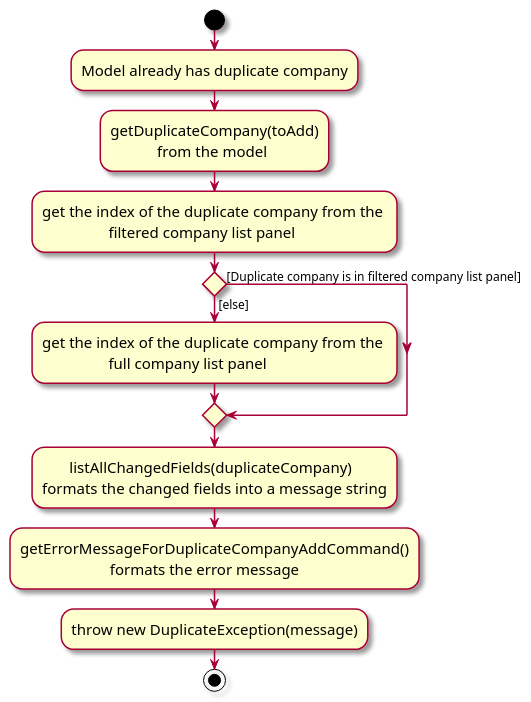
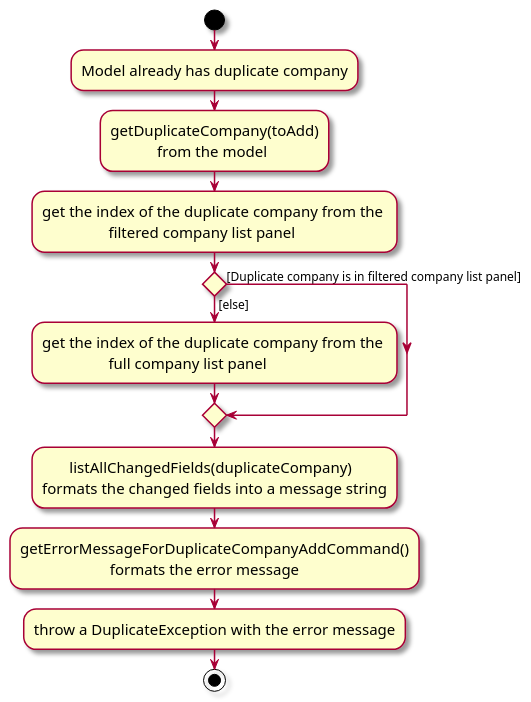
Before and after one commit to tayruxin/tp: the diagram in docs/diagrams/DuplicateActivityDiagram.puml, drawn with PlantUML. The commit also changed 6 other files, not shown here.

```diff
--- a/docs/diagrams/DuplicateActivityDiagram.puml
+++ b/docs/diagrams/DuplicateActivityDiagram.puml
@@ -1,22 +1,22 @@
 @startuml
 skin rose
 skinparam ActivityFontSize 15
 skinparam ArrowFontSize 12
 start
 :Model already has duplicate company;
 
 'Since the beta syntax does not support placing the condition outside the
 'diamond we place it as the true branch instead.
 
 :getDuplicateCompany(toAdd)\n            from the model;
 :get the index of the duplicate company from the \n                 filtered company list panel;
 if () then ([else])
     :get the index of the duplicate company from the \n                 full company list panel;
 else ([Duplicate company is in filtered company list panel])
     endif
 
 :       listAllChangedFields(duplicateCompany)\nformats the changed fields into a message string;
 :getErrorMessageForDuplicateCompanyAddCommand()\n                       formats the error message;
-:throw new DuplicateException(message);
+:throw a DuplicateException with the error message;
 stop
 @enduml
```
